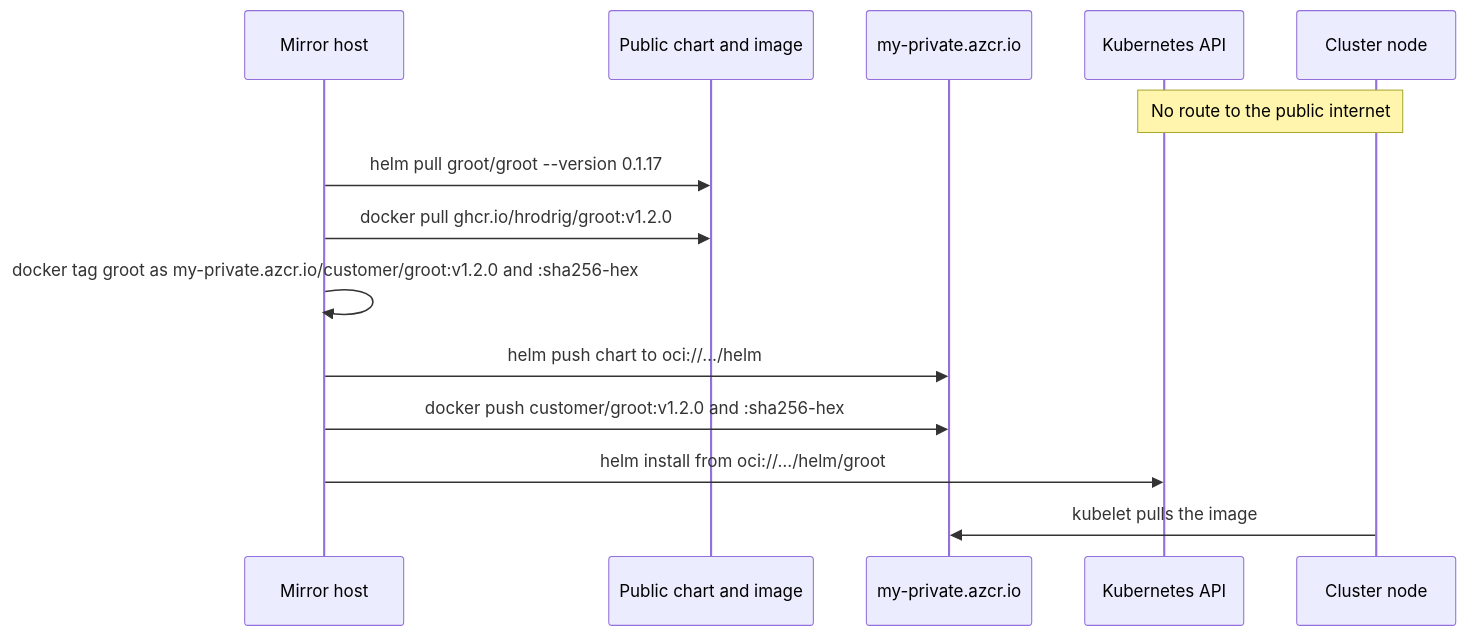
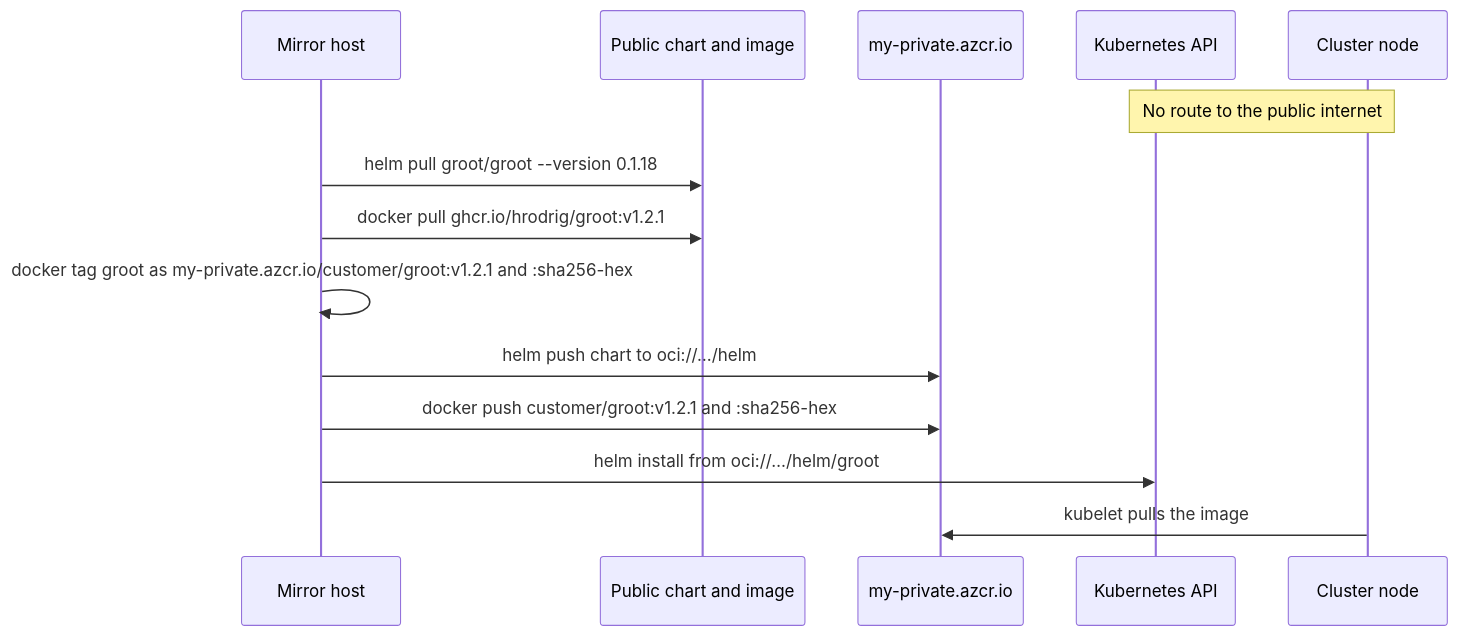
One commit to hrodrig/groot-selfhosted changed the diagram in run/deploy/private-registry.md. Above: the diagram before and after it, drawn with Mermaid. The commit also changed other lines of this file and 14 other files, not shown here.

First line of the commit message:
Pin groot v1.2.1 in operator docs and the Helm chart

````diff
--- a/run/deploy/private-registry.md
+++ b/run/deploy/private-registry.md
@@ -19,17 +19,17 @@
 ```mermaid
 sequenceDiagram
   participant Op as Mirror host
   participant Pub as Public chart and image
   participant Reg as my-private.azcr.io
   participant API as Kubernetes API
   participant Node as Cluster node
 
   Note over API,Node: No route to the public internet
-  Op->>Pub: helm pull groot/groot --version 0.1.17
-  Op->>Pub: docker pull ghcr.io/hrodrig/groot:v1.2.0
-  Op->>Op: docker tag groot as my-private.azcr.io/customer/groot:v1.2.0 and :sha256-hex
+  Op->>Pub: helm pull groot/groot --version 0.1.18
+  Op->>Pub: docker pull ghcr.io/hrodrig/groot:v1.2.1
+  Op->>Op: docker tag groot as my-private.azcr.io/customer/groot:v1.2.1 and :sha256-hex
   Op->>Reg: helm push chart to oci://…/helm
-  Op->>Reg: docker push customer/groot:v1.2.0 and :sha256-hex
+  Op->>Reg: docker push customer/groot:v1.2.1 and :sha256-hex
   Op->>API: helm install from oci://…/helm/groot
   Node->>Reg: kubelet pulls the image
 ```
````
